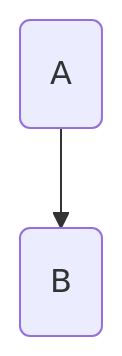
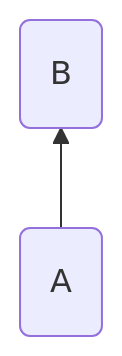
One commit to dmjcb/SelfBlog changed the first of 6 diagrams in DataStructures/Graph/并查集与最小生成树.md. Above: the diagram before and after it, drawn with Mermaid. The commit also changed other lines of this file and 15 other files, not shown here.

````diff
--- a/DataStructures/Graph/并查集与最小生成树.md
+++ b/DataStructures/Graph/并查集与最小生成树.md
@@ -23,4 +23,4 @@
 ```mermaid
-graph TB;
+graph BT;
     a(A)-->b(B)
 ```
````
